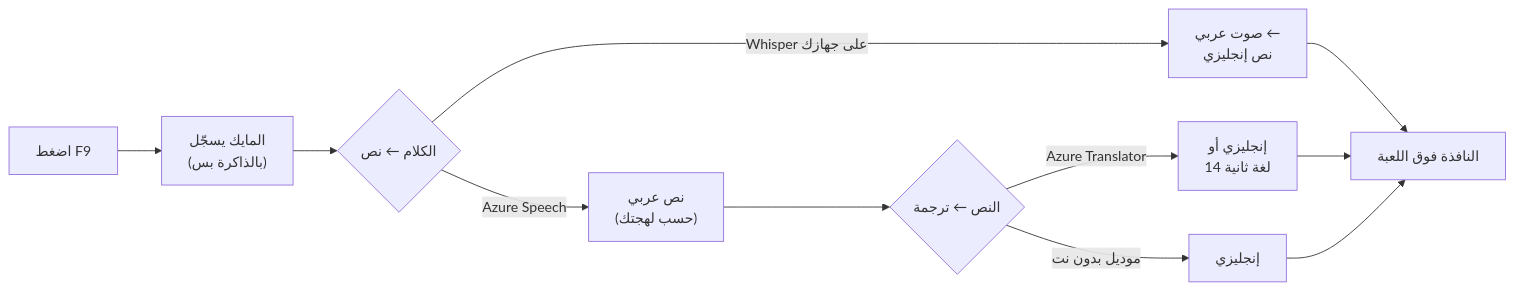
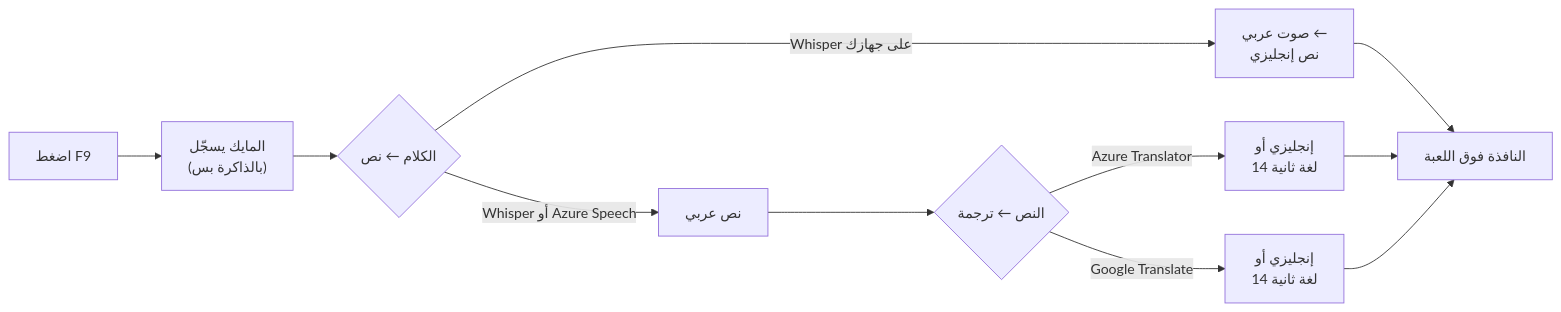
Before and after one commit to Cavebest/GameTalk: the second of 2 diagrams in README.md, drawn with Mermaid. The commit also changed other lines of this file and 48 other files, not shown here.

````diff
--- a/README.md
+++ b/README.md
@@ -536,13 +568,13 @@
 ```mermaid
 flowchart LR
     K["اضغط F9"] --> M["المايك يسجّل<br/>(بالذاكرة بس)"]
     M --> S{"الكلام ← نص"}
     S -->|"Whisper على جهازك"| W["صوت عربي ←<br/>نص إنجليزي"]
-    S -->|"Azure Speech"| AS["نص عربي<br/>(حسب لهجتك)"]
+    S -->|"Whisper أو Azure Speech"| AS["نص عربي"]
     AS --> T{"النص ← ترجمة"}
     T -->|"Azure Translator"| AT["إنجليزي أو<br/>14 لغة ثانية"]
-    T -->|"موديل بدون نت"| OM["إنجليزي"]
+    T -->|"Google Translate"| GT["إنجليزي أو<br/>14 لغة ثانية"]
     W --> O["النافذة فوق اللعبة"]
     AT --> O
-    OM --> O
+    GT --> O
 ```
````
